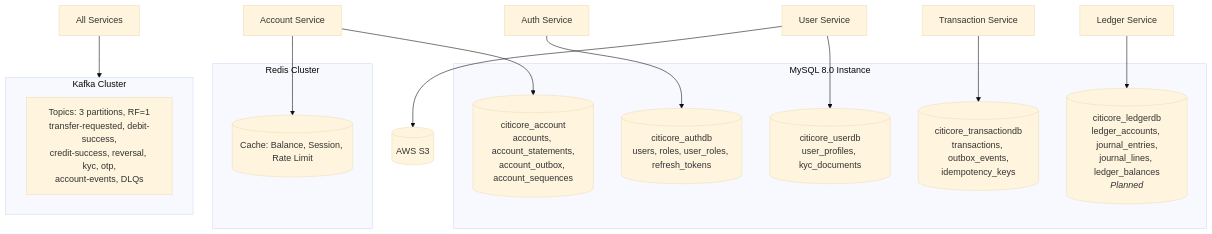
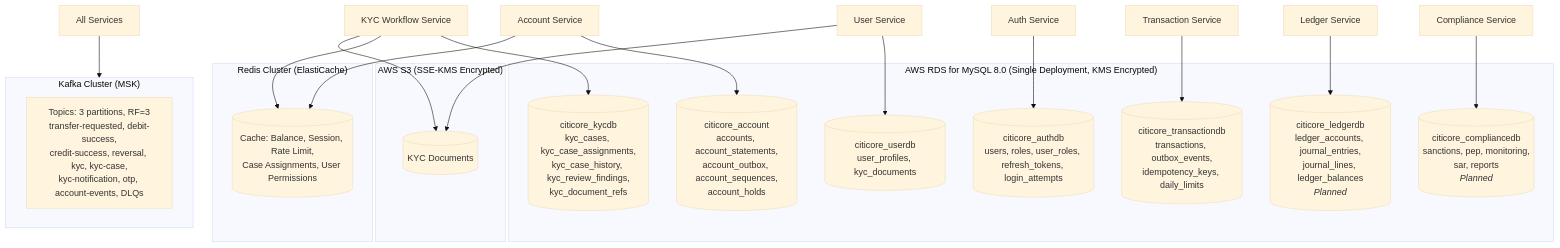
The second of 18 diagrams in architecture/docs/CITICORE_TARGET_STATE_ARCHITECTURE.md (Rabbaniinamdar/citi-core-project), drawn with Mermaid before and after one commit. The commit also changed other lines of this file and 82 other files, not shown here.

````diff
--- a/architecture/docs/CITICORE_TARGET_STATE_ARCHITECTURE.md
+++ b/architecture/docs/CITICORE_TARGET_STATE_ARCHITECTURE.md
@@ -330,28 +529,38 @@
 ```mermaid
 %%{init: {'theme': 'base'}}%%
 graph TB
-    subgraph MYSQL_INSTANCE ["MySQL 8.0 Instance"]
-        AUTH_DB[(citicore_authdb<br/>users, roles, user_roles, refresh_tokens)]
-        ACC_DB[(citicore_account<br/>accounts, account_statements,<br/>account_outbox, account_sequences)]
-        TXN_DB[(citicore_transactiondb<br/>transactions, outbox_events,<br/>idempotency_keys)]
-        USER_DB[(citicore_userdb<br/>user_profiles, kyc_documents)]
-        LEDGER_DB[(citicore_ledgerdb<br/>ledger_accounts, journal_entries,<br/>journal_lines, ledger_balances<br/><i>Planned</i>)]
+    subgraph RDS_MYSQL ["AWS RDS for MySQL 8.0 (Single Deployment, KMS Encrypted)"]
+        AUTH_SCHEMA[(citicore_authdb<br/>users, roles, user_roles, refresh_tokens, login_attempts)]
+        KYC_SCHEMA[(citicore_kycdb<br/>kyc_cases, kyc_case_assignments,<br/>kyc_case_history, kyc_review_findings,<br/>kyc_document_refs)]
+        ACC_SCHEMA[(citicore_account<br/>accounts, account_statements,<br/>account_outbox, account_sequences,<br/>account_holds)]
+        TXN_SCHEMA[(citicore_transactiondb<br/>transactions, outbox_events,<br/>idempotency_keys, daily_limits)]
+        USER_SCHEMA[(citicore_userdb<br/>user_profiles, kyc_documents)]
+        LEDGER_SCHEMA[(citicore_ledgerdb<br/>ledger_accounts, journal_entries,<br/>journal_lines, ledger_balances<br/><i>Planned</i>)]
+        COMPLIANCE_SCHEMA[(citicore_compliancedb<br/>sanctions, pep, monitoring,<br/>sar, reports<br/><i>Planned</i>)]
     end
 
-    subgraph REDIS_CLUSTER ["Redis Cluster"]
-        CACHE[(Cache: Balance, Session, Rate Limit)]
+    subgraph REDIS_CLUSTER ["Redis Cluster (ElastiCache)"]
+        CACHE[(Cache: Balance, Session, Rate Limit,<br/>Case Assignments, User Permissions)]
     end
 
-    subgraph KAFKA_CLUSTER ["Kafka Cluster"]
-        TOPICS[Topics: 3 partitions, RF=1<br/>transfer-requested, debit-success,<br/>credit-success, reversal, kyc, otp,<br/>account-events, DLQs]
+    subgraph KAFKA_CLUSTER ["Kafka Cluster (MSK)"]
+        TOPICS[Topics: 3 partitions, RF=3<br/>transfer-requested, debit-success,<br/>credit-success, reversal, kyc, kyc-case,<br/>kyc-notification, otp, account-events, DLQs]
     end
 
-    AUTH_SVC[Auth Service] --> AUTH_DB
-    USER_SVC[User Service] --> USER_DB
-    ACC_SVC[Account Service] --> ACC_DB
+    subgraph S3_STORAGE ["AWS S3 (SSE-KMS Encrypted)"]
+        KYC_DOCS[(KYC Documents)]
+    end
+
+    AUTH_SVC[Auth Service] --> AUTH_SCHEMA
+    USER_SVC[User Service] --> USER_SCHEMA
+    KYC_SVC[KYC Workflow Service] --> KYC_SCHEMA
+    KYC_SVC --> CACHE
+    ACC_SVC[Account Service] --> ACC_SCHEMA
     ACC_SVC --> CACHE
-    TXN_SVC[Transaction Service] --> TXN_DB
-    LEDGER_SVC[Ledger Service] --> LEDGER_DB
+    TXN_SVC[Transaction Service] --> TXN_SCHEMA
+    LEDGER_SVC[Ledger Service] --> LEDGER_SCHEMA
+    COMPLIANCE_SVC[Compliance Service] --> COMPLIANCE_SCHEMA
     ALL_SVC[All Services] --> KAFKA_CLUSTER
-    USER_SVC --> S3[(AWS S3)]
+    USER_SVC --> KYC_DOCS
+    KYC_SVC --> KYC_DOCS
 ```
````
